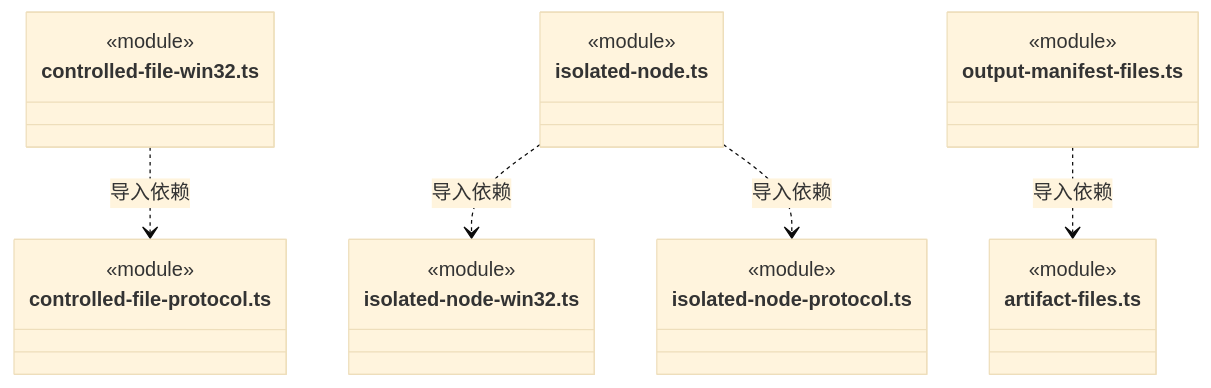
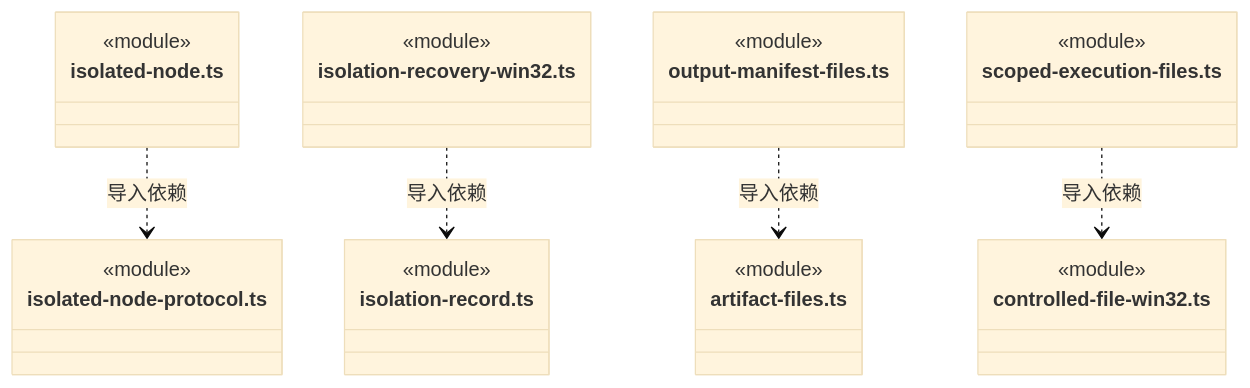
One commit to nan023062/cbim changed diagram 35 of 36 in src/backend/main/platform/ARCHITECTURE.md. Above: the diagram before and after it, drawn with Mermaid (base theme). The commit also changed other lines of this file and 53 other files, not shown here.

First line of the commit message:
feat: verify and clean original isolated execution resources

````diff
--- a/src/backend/main/platform/ARCHITECTURE.md
+++ b/src/backend/main/platform/ARCHITECTURE.md
@@ -650,28 +793,31 @@
 ```mermaid
 classDiagram
-class N_src_backend_main_platform_controlled_file_win32_ts["controlled-file-win32.ts"] {
-  <<module>>
-}
-class N_src_backend_main_platform_controlled_file_protocol_ts["controlled-file-protocol.ts"] {
-  <<module>>
-}
 class N_src_backend_main_platform_isolated_node_ts["isolated-node.ts"] {
   <<module>>
 }
-class N_src_backend_main_platform_isolated_node_win32_ts["isolated-node-win32.ts"] {
+class N_src_backend_main_platform_isolated_node_protocol_ts["isolated-node-protocol.ts"] {
   <<module>>
 }
-class N_src_backend_main_platform_isolated_node_protocol_ts["isolated-node-protocol.ts"] {
+class N_src_backend_main_platform_isolation_recovery_win32_ts["isolation-recovery-win32.ts"] {
+  <<module>>
+}
+class N_src_backend_main_platform_isolation_record_ts["isolation-record.ts"] {
   <<module>>
 }
 class N_src_backend_main_platform_output_manifest_files_ts["output-manifest-files.ts"] {
   <<module>>
 }
 class N_src_backend_main_platform_artifact_files_ts["artifact-files.ts"] {
   <<module>>
 }
-N_src_backend_main_platform_controlled_file_win32_ts ..> N_src_backend_main_platform_controlled_file_protocol_ts : 导入依赖
-N_src_backend_main_platform_isolated_node_ts ..> N_src_backend_main_platform_isolated_node_win32_ts : 导入依赖
+class N_src_backend_main_platform_scoped_execution_files_ts["scoped-execution-files.ts"] {
+  <<module>>
+}
+class N_src_backend_main_platform_controlled_file_win32_ts["controlled-file-win32.ts"] {
+  <<module>>
+}
 N_src_backend_main_platform_isolated_node_ts ..> N_src_backend_main_platform_isolated_node_protocol_ts : 导入依赖
+N_src_backend_main_platform_isolation_recovery_win32_ts ..> N_src_backend_main_platform_isolation_record_ts : 导入依赖
 N_src_backend_main_platform_output_manifest_files_ts ..> N_src_backend_main_platform_artifact_files_ts : 导入依赖
+N_src_backend_main_platform_scoped_execution_files_ts ..> N_src_backend_main_platform_controlled_file_win32_ts : 导入依赖
 ```
````
